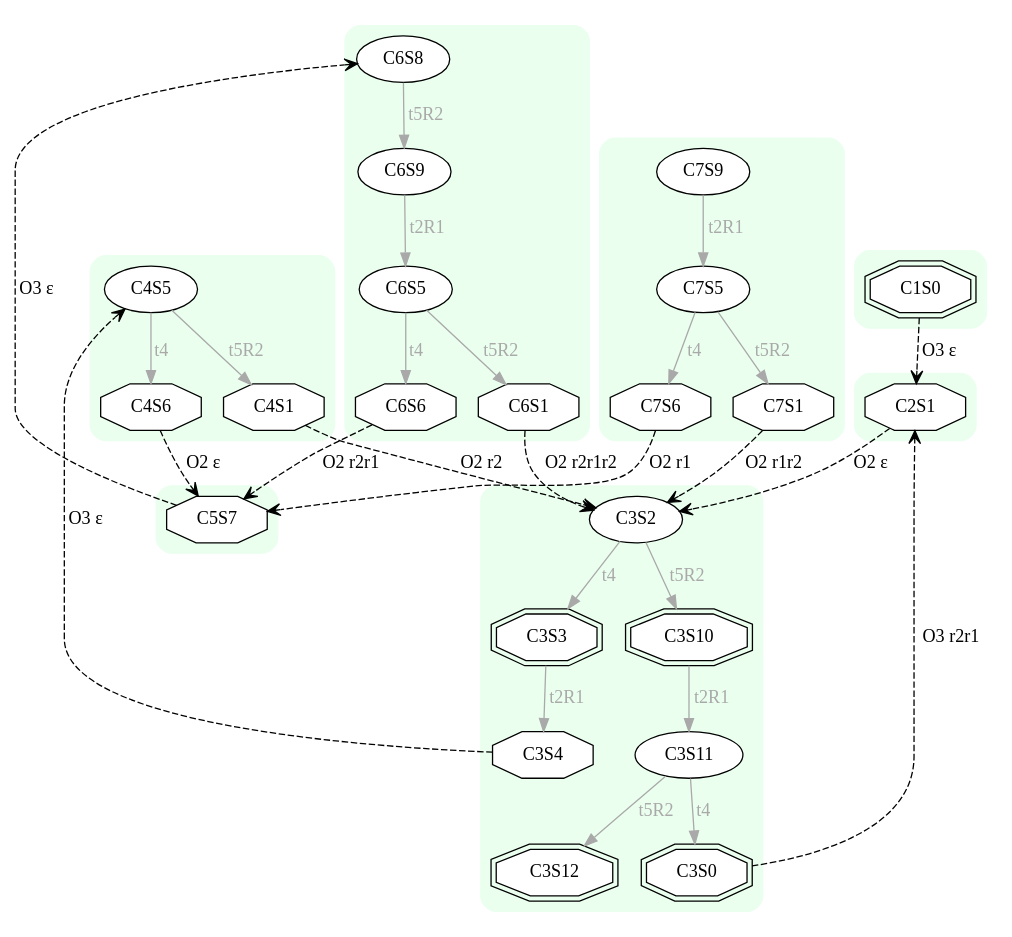
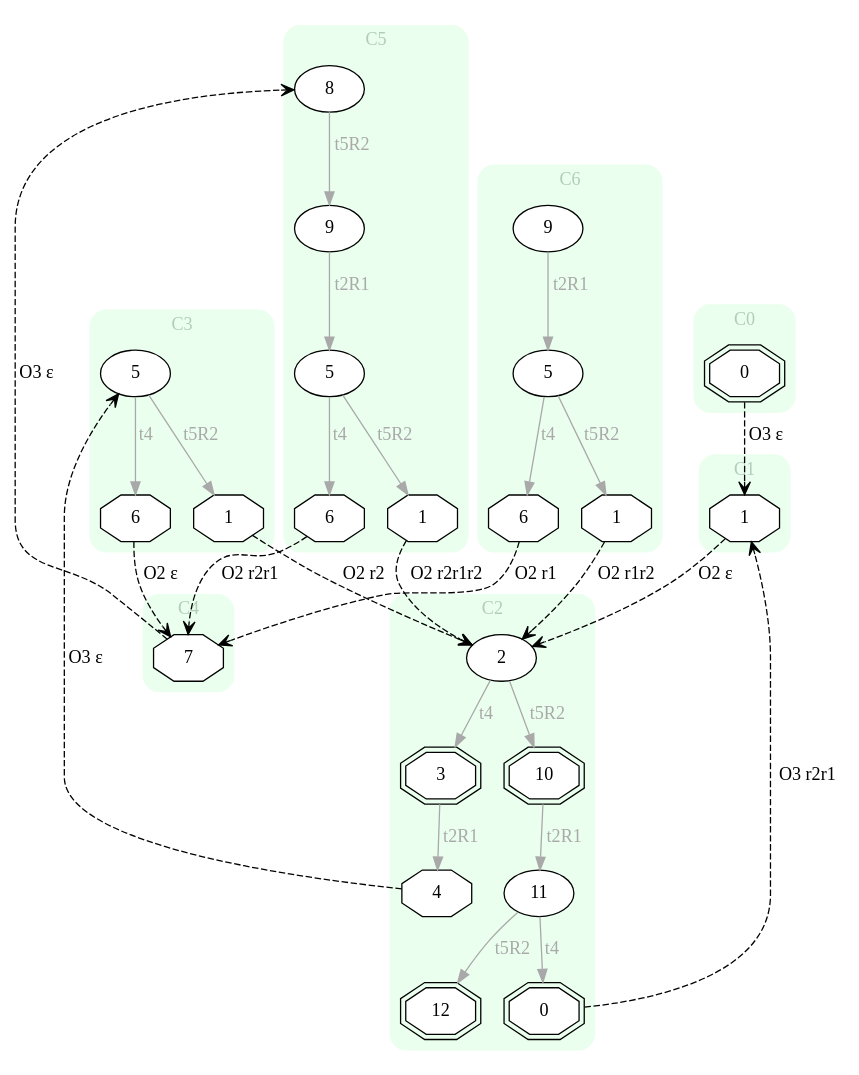
One commit to Stefano-BS/Explanatory-Diagnosis changed the diagram in input/e_EXP.dot. Above: the diagram before and after it, drawn with Graphviz. The commit also changed 27 other files, not shown here.

```diff
--- a/input/e_EXP.dot
+++ b/input/e_EXP.dot
@@ -1,79 +1,79 @@
 digraph "EXPinput/e" {
 node [style=filled fillcolor=white]
+subgraph cluster0 {
+style="rounded,filled" label="C0" fontcolor="#B2CCBB" color="#EAFFEE"
+edge[color=darkgray fontcolor=darkgray]
+node [shape=doubleoctagon]; C0S0 [label=0];
+}
 subgraph cluster1 {
-style="rounded,filled" color="#EAFFEE"
+style="rounded,filled" label="C1" fontcolor="#B2CCBB" color="#EAFFEE"
 edge[color=darkgray fontcolor=darkgray]
-node [shape=doubleoctagon]; C1S0 ;
+node [shape=octagon]; C1S1 [label=1];
 }
 subgraph cluster2 {
-style="rounded,filled" color="#EAFFEE"
+style="rounded,filled" label="C2" fontcolor="#B2CCBB" color="#EAFFEE"
 edge[color=darkgray fontcolor=darkgray]
-node [shape=octagon]; C2S1 ;
+node [shape=oval]; C2S2 [label=2];
+node [shape=doubleoctagon]; C2S0 [label=0];
+node [shape=doubleoctagon]; C2S3 [label=3];
+node [shape=octagon]; C2S4 [label=4];
+node [shape=doubleoctagon]; C2S10 [label=10];
+node [shape=oval]; C2S11 [label=11];
+node [shape=doubleoctagon]; C2S12 [label=12];
+C2S2 -> C2S3 [label=t4]
+C2S2 -> C2S10 [label=t5R2]
+C2S3 -> C2S4 [label=t2R1]
+C2S10 -> C2S11 [label=t2R1]
+C2S11 -> C2S0 [label=t4]
+C2S11 -> C2S12 [label=t5R2]
 }
 subgraph cluster3 {
-style="rounded,filled" color="#EAFFEE"
+style="rounded,filled" label="C3" fontcolor="#B2CCBB" color="#EAFFEE"
 edge[color=darkgray fontcolor=darkgray]
-node [shape=oval]; C3S2 ;
-node [shape=doubleoctagon]; C3S0 ;
-node [shape=doubleoctagon]; C3S3 ;
-node [shape=octagon]; C3S4 ;
-node [shape=doubleoctagon]; C3S10 ;
-node [shape=oval]; C3S11 ;
-node [shape=doubleoctagon]; C3S12 ;
-C3S2 -> C3S3 [label=t4]
-C3S2 -> C3S10 [label=t5R2]
-C3S3 -> C3S4 [label=t2R1]
-C3S10 -> C3S11 [label=t2R1]
-C3S11 -> C3S0 [label=t4]
-C3S11 -> C3S12 [label=t5R2]
+node [shape=oval]; C3S5 [label=5];
+node [shape=octagon]; C3S1 [label=1];
+node [shape=octagon]; C3S6 [label=6];
+C3S5 -> C3S6 [label=t4]
+C3S5 -> C3S1 [label=t5R2]
 }
 subgraph cluster4 {
-style="rounded,filled" color="#EAFFEE"
+style="rounded,filled" label="C4" fontcolor="#B2CCBB" color="#EAFFEE"
 edge[color=darkgray fontcolor=darkgray]
-node [shape=oval]; C4S5 ;
-node [shape=octagon]; C4S1 ;
-node [shape=octagon]; C4S6 ;
-C4S5 -> C4S6 [label=t4]
-C4S5 -> C4S1 [label=t5R2]
+node [shape=octagon]; C4S7 [label=7];
 }
 subgraph cluster5 {
-style="rounded,filled" color="#EAFFEE"
+style="rounded,filled" label="C5" fontcolor="#B2CCBB" color="#EAFFEE"
 edge[color=darkgray fontcolor=darkgray]
-node [shape=octagon]; C5S7 ;
+node [shape=oval]; C5S8 [label=8];
+node [shape=oval]; C5S5 [label=5];
+node [shape=octagon]; C5S6 [label=6];
+node [shape=octagon]; C5S1 [label=1];
+node [shape=oval]; C5S9 [label=9];
+C5S8 -> C5S9 [label=t5R2]
+C5S5 -> C5S6 [label=t4]
+C5S5 -> C5S1 [label=t5R2]
+C5S9 -> C5S5 [label=t2R1]
 }
 subgraph cluster6 {
-style="rounded,filled" color="#EAFFEE"
+style="rounded,filled" label="C6" fontcolor="#B2CCBB" color="#EAFFEE"
 edge[color=darkgray fontcolor=darkgray]
-node [shape=oval]; C6S8 ;
-node [shape=oval]; C6S5 ;
-node [shape=octagon]; C6S6 ;
-node [shape=octagon]; C6S1 ;
-node [shape=oval]; C6S9 ;
-C6S8 -> C6S9 [label=t5R2]
+node [shape=oval]; C6S9 [label=9];
+node [shape=oval]; C6S5 [label=5];
+node [shape=octagon]; C6S6 [label=6];
+node [shape=octagon]; C6S1 [label=1];
+C6S9 -> C6S5 [label=t2R1]
 C6S5 -> C6S6 [label=t4]
 C6S5 -> C6S1 [label=t5R2]
-C6S9 -> C6S5 [label=t2R1]
 }
-subgraph cluster7 {
-style="rounded,filled" color="#EAFFEE"
-edge[color=darkgray fontcolor=darkgray]
-node [shape=oval]; C7S9 ;
-node [shape=oval]; C7S5 ;
-node [shape=octagon]; C7S6 ;
-node [shape=octagon]; C7S1 ;
-C7S9 -> C7S5 [label=t2R1]
-C7S5 -> C7S6 [label=t4]
-C7S5 -> C7S1 [label=t5R2]
+C0S0 -> C1S1 [style=dashed arrowhead=vee label="O3 ε"]
+C1S1 -> C2S2 [style=dashed arrowhead=vee label="O2 ε"]
+C2S0 -> C1S1 [style=dashed arrowhead=vee label="O3 r2r1"]
+C2S4 -> C3S5 [style=dashed arrowhead=vee label="O3 ε"]
+C3S1 -> C2S2 [style=dashed arrowhead=vee label="O2 r2"]
+C3S6 -> C4S7 [style=dashed arrowhead=vee label="O2 ε"]
+C4S7 -> C5S8 [style=dashed arrowhead=vee label="O3 ε"]
+C5S1 -> C2S2 [style=dashed arrowhead=vee label="O2 r2r1r2"]
+C5S6 -> C4S7 [style=dashed arrowhead=vee label="O2 r2r1"]
+C6S1 -> C2S2 [style=dashed arrowhead=vee label="O2 r1r2"]
+C6S6 -> C4S7 [style=dashed arrowhead=vee label="O2 r1"]
 }
-C1S0 -> C2S1 [style=dashed arrowhead=vee label="O3 ε"]
-C2S1 -> C3S2 [style=dashed arrowhead=vee label="O2 ε"]
-C3S0 -> C2S1 [style=dashed arrowhead=vee label="O3 r2r1"]
-C3S4 -> C4S5 [style=dashed arrowhead=vee label="O3 ε"]
-C4S1 -> C3S2 [style=dashed arrowhead=vee label="O2 r2"]
-C4S6 -> C5S7 [style=dashed arrowhead=vee label="O2 ε"]
-C5S7 -> C6S8 [style=dashed arrowhead=vee label="O3 ε"]
-C6S1 -> C3S2 [style=dashed arrowhead=vee label="O2 r2r1r2"]
-C6S6 -> C5S7 [style=dashed arrowhead=vee label="O2 r2r1"]
-C7S1 -> C3S2 [style=dashed arrowhead=vee label="O2 r1r2"]
-C7S6 -> C5S7 [style=dashed arrowhead=vee label="O2 r1"]
-}
```
